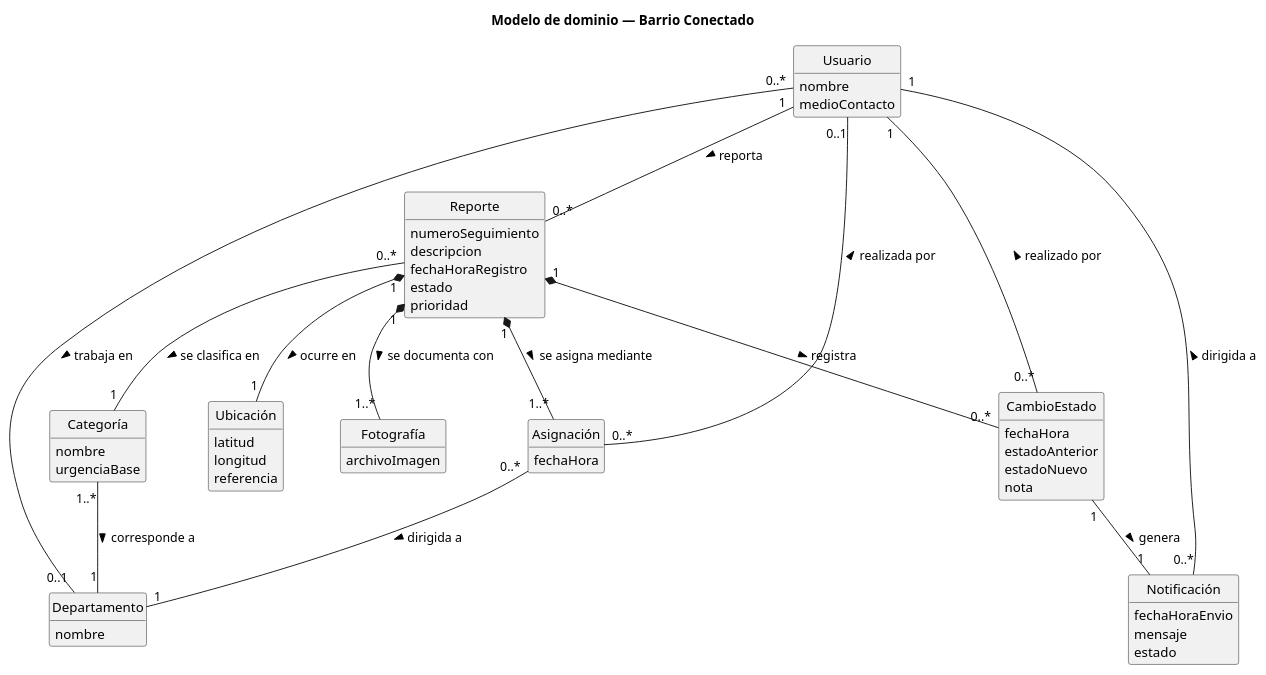
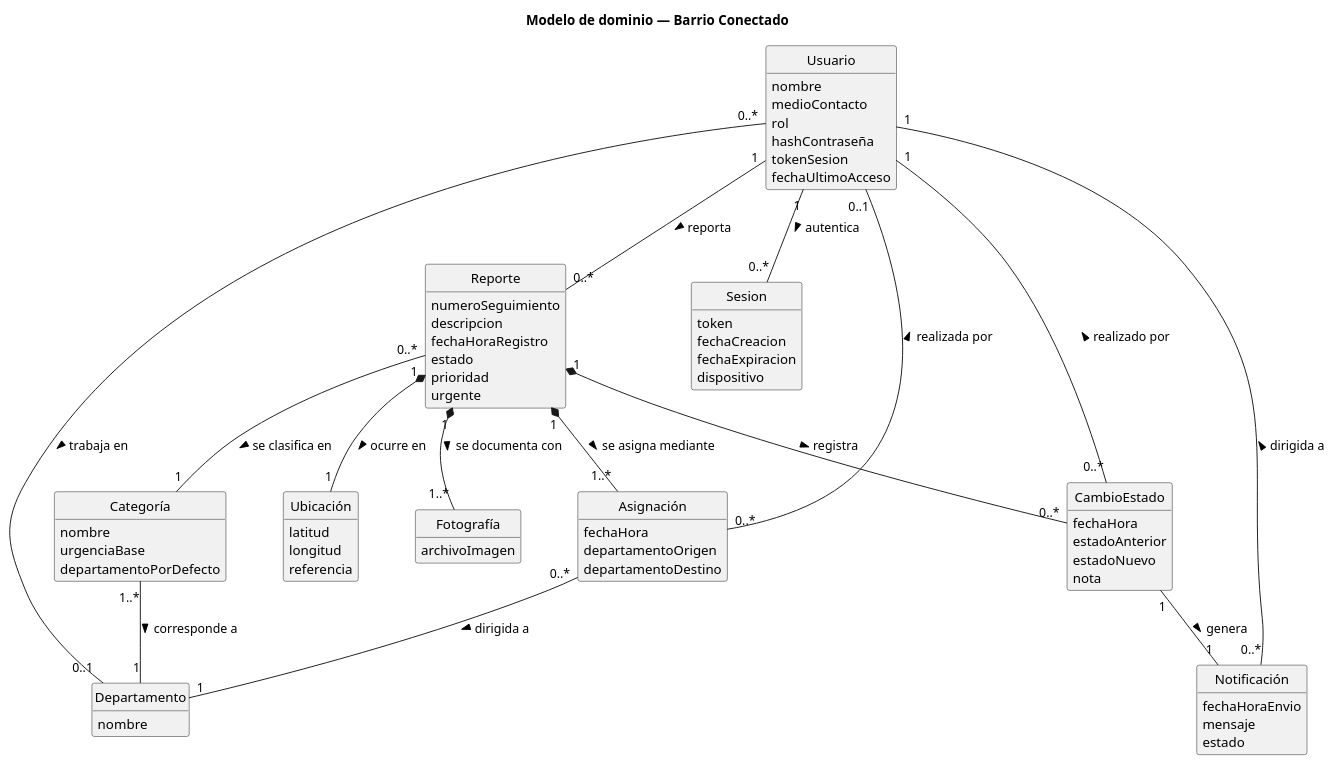
One commit to bruhmzk/Barrio-Conectado changed the diagram in diagramas/modelo-dominio.puml. Above: the diagram before and after it, drawn with PlantUML. The commit also changed 45 other files, not shown here.

```diff
--- a/diagramas/modelo-dominio.puml
+++ b/diagramas/modelo-dominio.puml
@@ -1,72 +1,88 @@
 @startuml modelo-dominio
 title Modelo de dominio — Barrio Conectado
 hide circle
 hide methods
 skinparam shadowing false
 skinparam classAttributeIconSize 0
 skinparam nodesep 60
 skinparam ranksep 60
 
 class Usuario {
   nombre
   medioContacto
+  rol
+  hashContraseña
+  tokenSesion
+  fechaUltimoAcceso
 }
 
 class Reporte {
   numeroSeguimiento
   descripcion
   fechaHoraRegistro
   estado
   prioridad
+  urgente
 }
 
 class Categoria as "Categoría" {
   nombre
   urgenciaBase
+  departamentoPorDefecto
 }
 
 class Departamento {
   nombre
 }
 
 class Ubicacion as "Ubicación" {
   latitud
   longitud
   referencia
 }
 
 class Fotografia as "Fotografía" {
   archivoImagen
 }
 
 class CambioEstado {
   fechaHora
   estadoAnterior
   estadoNuevo
   nota
 }
 
 class Asignacion as "Asignación" {
   fechaHora
+  departamentoOrigen
+  departamentoDestino
 }
 
 class Notificacion as "Notificación" {
   fechaHoraEnvio
   mensaje
   estado
+}
+
+class Sesion {
+  token
+  fechaCreacion
+  fechaExpiracion
+  dispositivo
 }
 
 Usuario "1" -- "0..*" Reporte : reporta >
 Reporte "0..*" -- "1" Categoria : se clasifica en >
 Categoria "1..*" -- "1" Departamento : corresponde a >
 Usuario "0..*" -- "0..1" Departamento : trabaja en >
 Reporte "1" *-- "1" Ubicacion : ocurre en >
 Reporte "1" *-- "1..*" Fotografia : se documenta con >
 Reporte "1" *-- "0..*" CambioEstado : registra >
 Reporte "1" *-- "1..*" Asignacion : se asigna mediante >
 Asignacion "0..*" -- "1" Departamento : dirigida a >
 Asignacion "0..*" -- "0..1" Usuario : realizada por >
 CambioEstado "0..*" -- "1" Usuario : realizado por >
 CambioEstado "1" -- "1" Notificacion : genera >
 Notificacion "0..*" -- "1" Usuario : dirigida a >
+Usuario "1" -- "0..*" Sesion : autentica >
 @enduml
```
